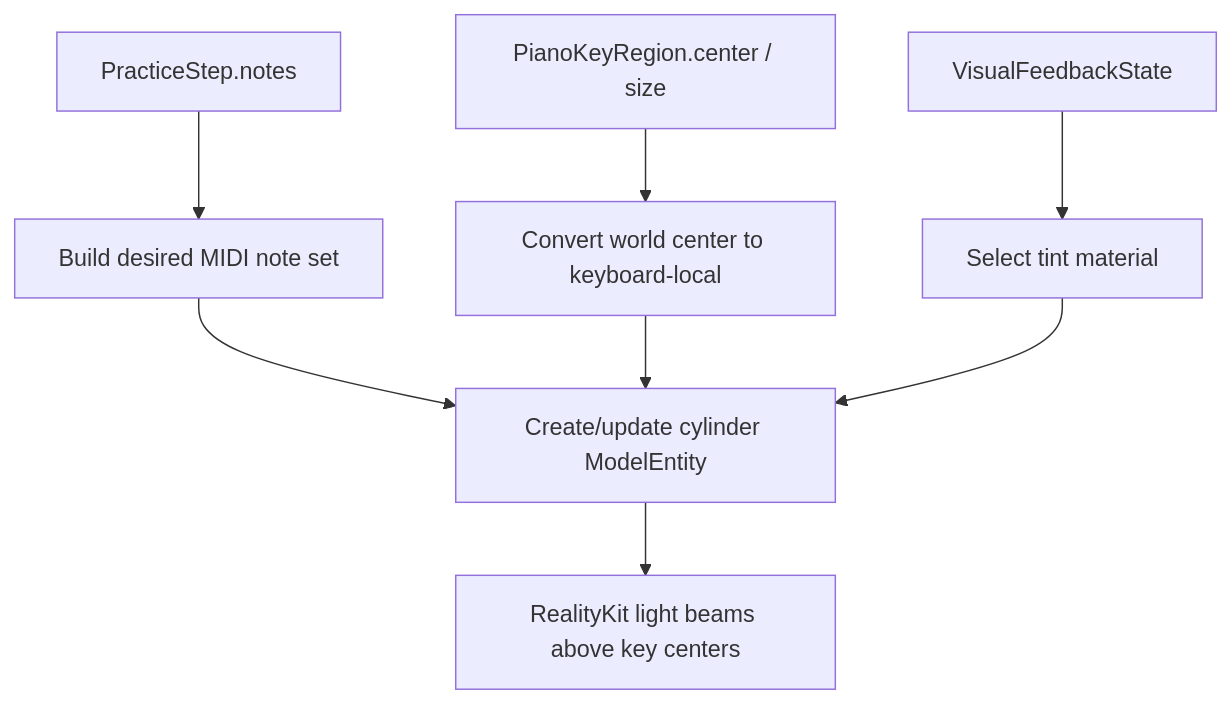
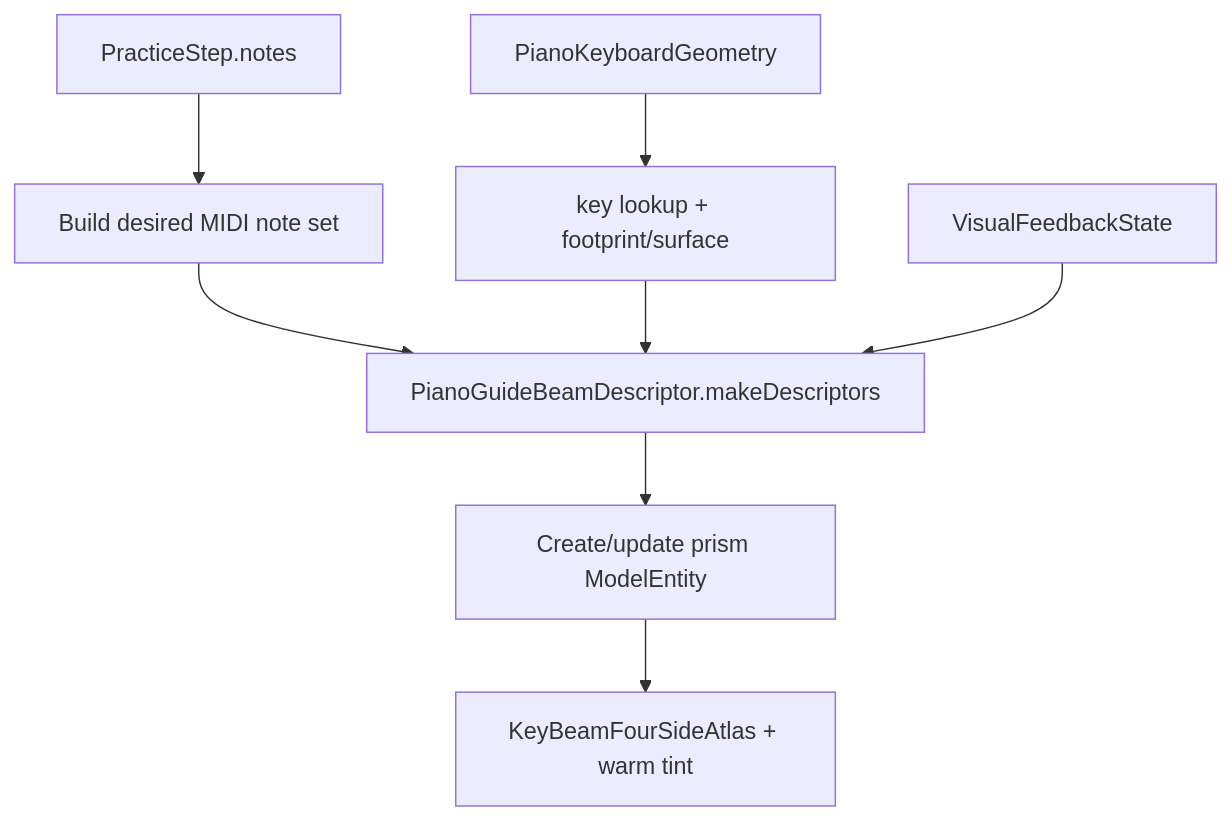
Before and after one commit to chiimagnus/HappyPianist: the second of 2 diagrams in .github/deepwiki/data-flow.md, drawn with Mermaid. The commit also changed other lines of this file and 5 other files, not shown here.

````diff
--- a/.github/deepwiki/data-flow.md
+++ b/.github/deepwiki/data-flow.md
@@ -52,10 +52,10 @@
 ```mermaid
 flowchart TD
   A[PracticeStep.notes] --> B[Build desired MIDI note set]
-  C[PianoKeyRegion.center / size] --> D[Convert world center to keyboard-local]
-  B --> E[Create/update cylinder ModelEntity]
+  C[PianoKeyboardGeometry] --> D[key lookup + footprint/surface]
+  B --> E[PianoGuideBeamDescriptor.makeDescriptors]
   D --> E
-  F[VisualFeedbackState] --> G[Select tint material]
-  G --> E
-  E --> H[RealityKit light beams above key centers]
+  F[VisualFeedbackState] --> E
+  E --> G[Create/update prism ModelEntity]
+  G --> H[KeyBeamFourSideAtlas + warm tint]
 ```
````
